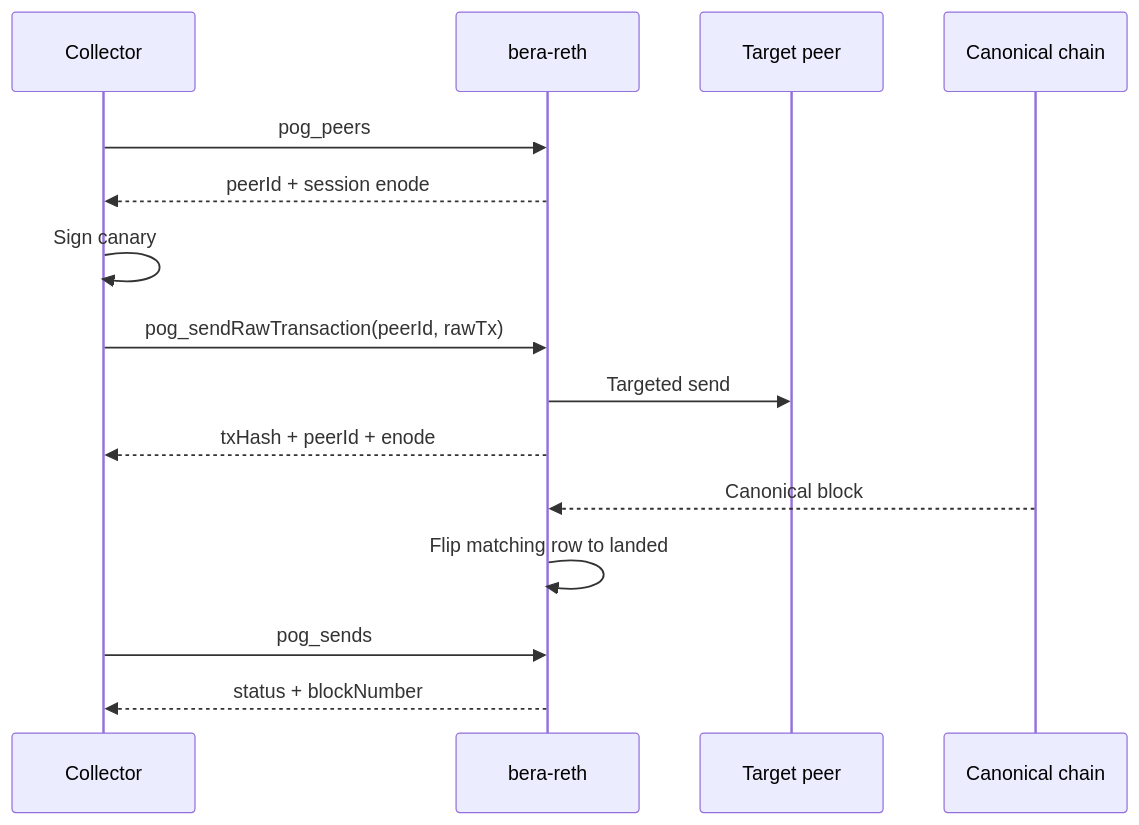
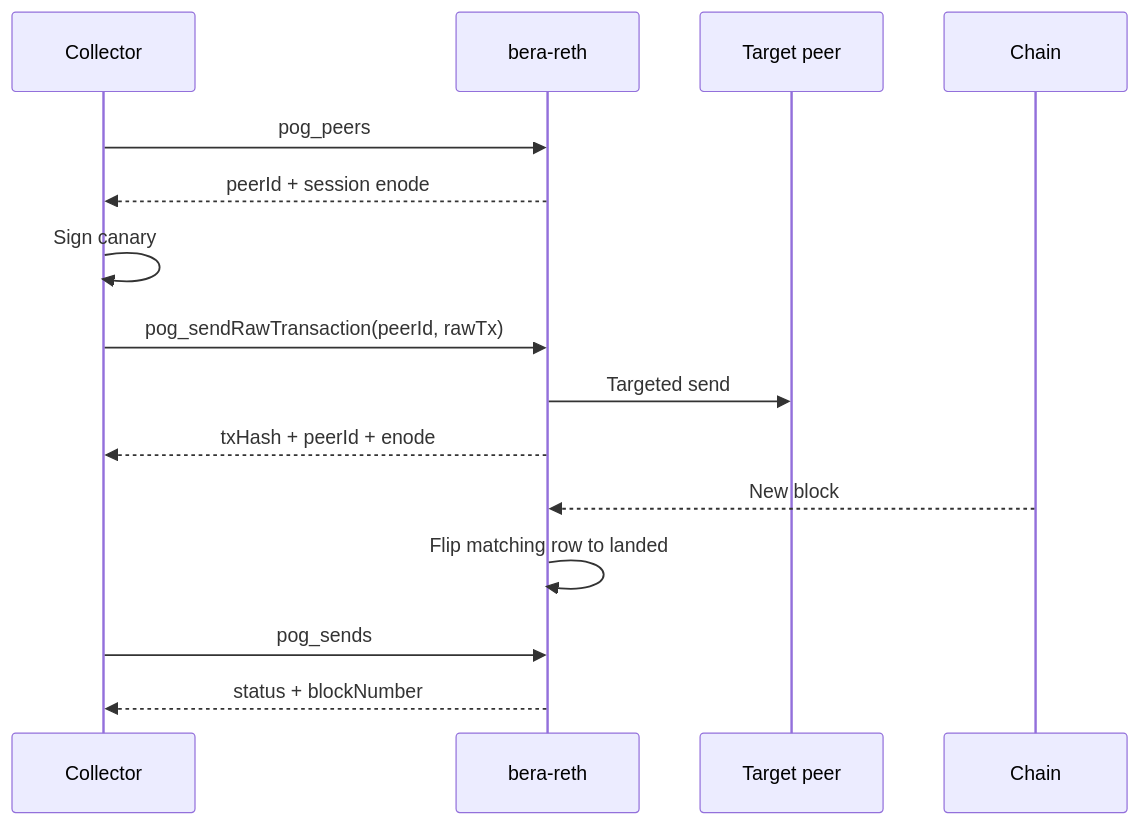
Before and after one commit to berachain/bera-reth: the diagram in docs/proof-of-gossip.md, drawn with Mermaid. The commit also changed other lines of this file and 4 other files, not shown here.

````diff
--- a/docs/proof-of-gossip.md
+++ b/docs/proof-of-gossip.md
@@ -37,18 +36,18 @@
 ```mermaid
 sequenceDiagram
     participant C as Collector
     participant N as bera-reth
     participant P as Target peer
-    participant B as Canonical chain
+    participant B as Chain
 
     C->>N: pog_peers
     N-->>C: peerId + session enode
     C->>C: Sign canary
     C->>N: pog_sendRawTransaction(peerId, rawTx)
     N->>P: Targeted send
     N-->>C: txHash + peerId + enode
-    B-->>N: Canonical block
+    B-->>N: New block
     N->>N: Flip matching row to landed
     C->>N: pog_sends
     N-->>C: status + blockNumber
 ```
````
